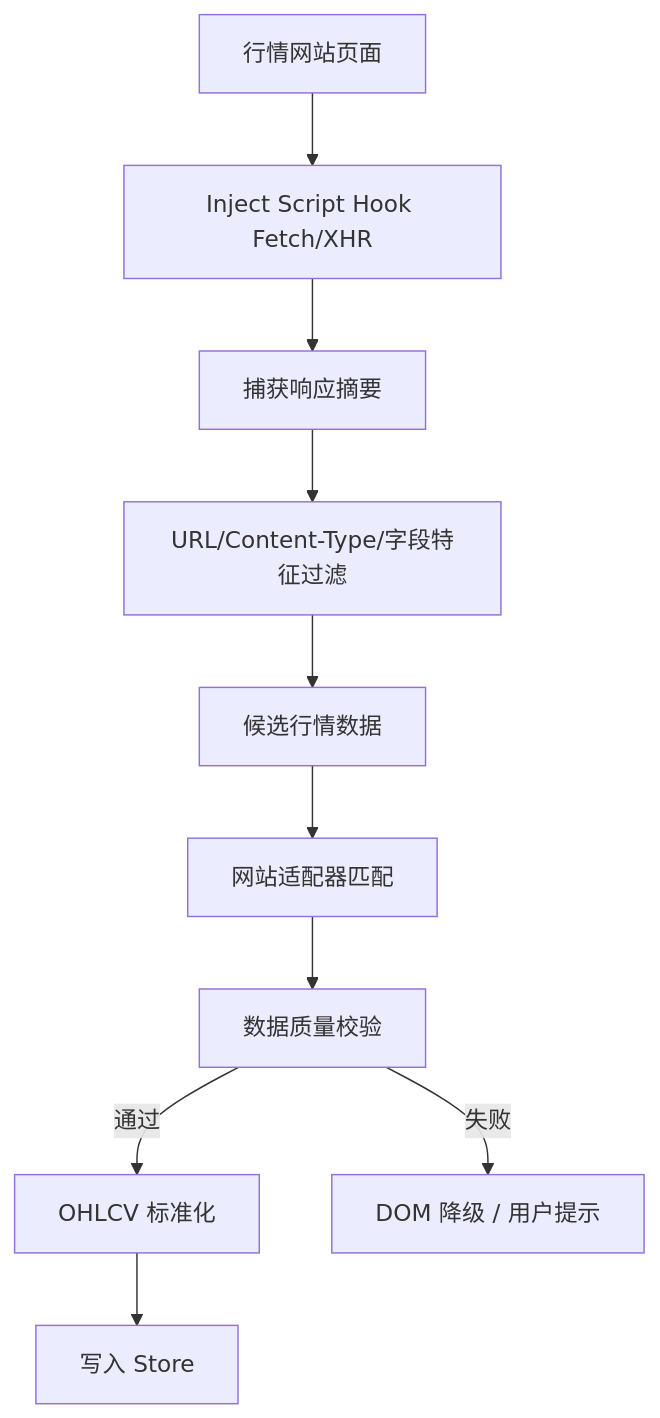
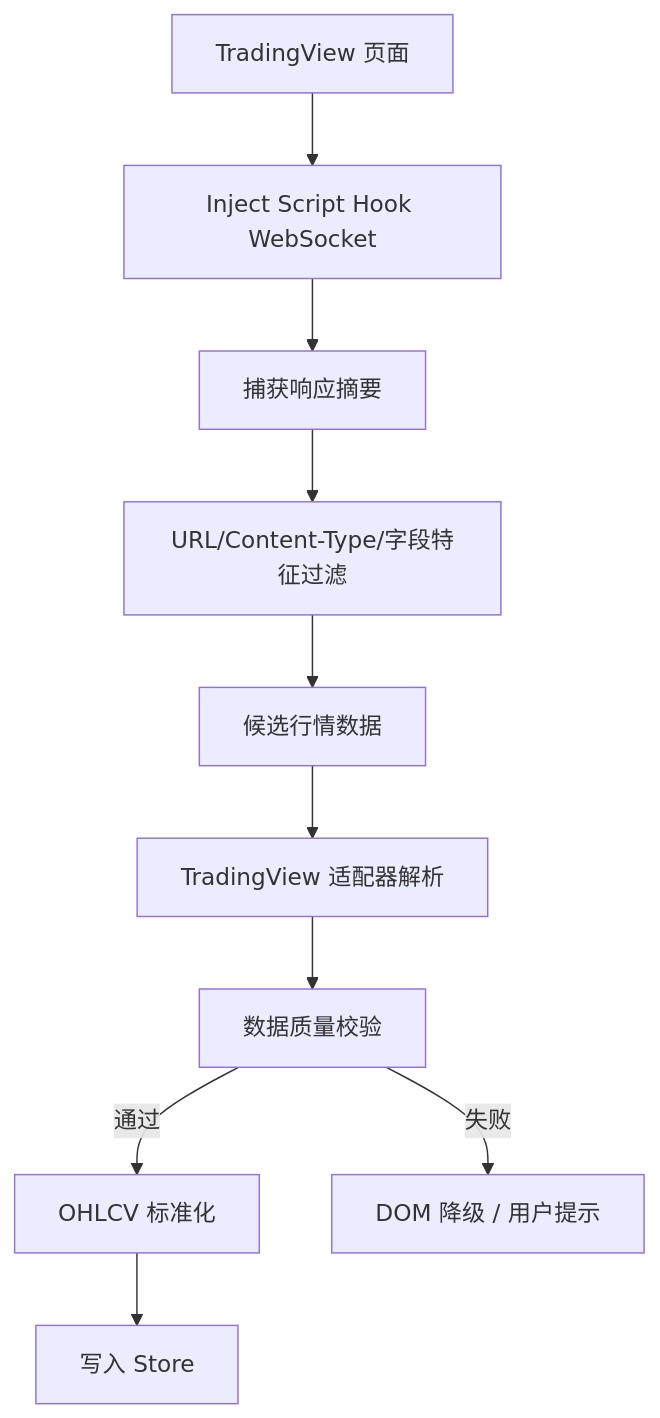
The first of 2 diagrams in docs/spec/04_行情数据采集_接口嗅探与网站适配设计方案.md (LanShiLiang/Chrome_K_line_analyzer), drawn with Mermaid before and after one commit. The commit also changed other lines of this file and 31 other files, not shown here.

Commit message:
feat: add multi-site analysis and harden architecture

````diff
--- a/docs/spec/04_行情数据采集_接口嗅探与网站适配设计方案.md
+++ b/docs/spec/04_行情数据采集_接口嗅探与网站适配设计方案.md
@@ -19,12 +19,12 @@
 ```mermaid
 flowchart TD
-    Page["行情网站页面"] --> Hook["Inject Script Hook Fetch/XHR"]
+    Page["TradingView 页面"] --> Hook["Inject Script Hook WebSocket"]
     Hook --> Capture["捕获响应摘要"]
     Capture --> Filter["URL/Content-Type/字段特征过滤"]
     Filter --> Candidate["候选行情数据"]
-    Candidate --> Adapter["网站适配器匹配"]
+    Candidate --> Adapter["TradingView 适配器解析"]
     Adapter --> Validate["数据质量校验"]
     Validate -->|通过| Normalize["OHLCV 标准化"]
     Validate -->|失败| Fallback["DOM 降级 / 用户提示"]
     Normalize --> Store["写入 Store"]
 ```
````
